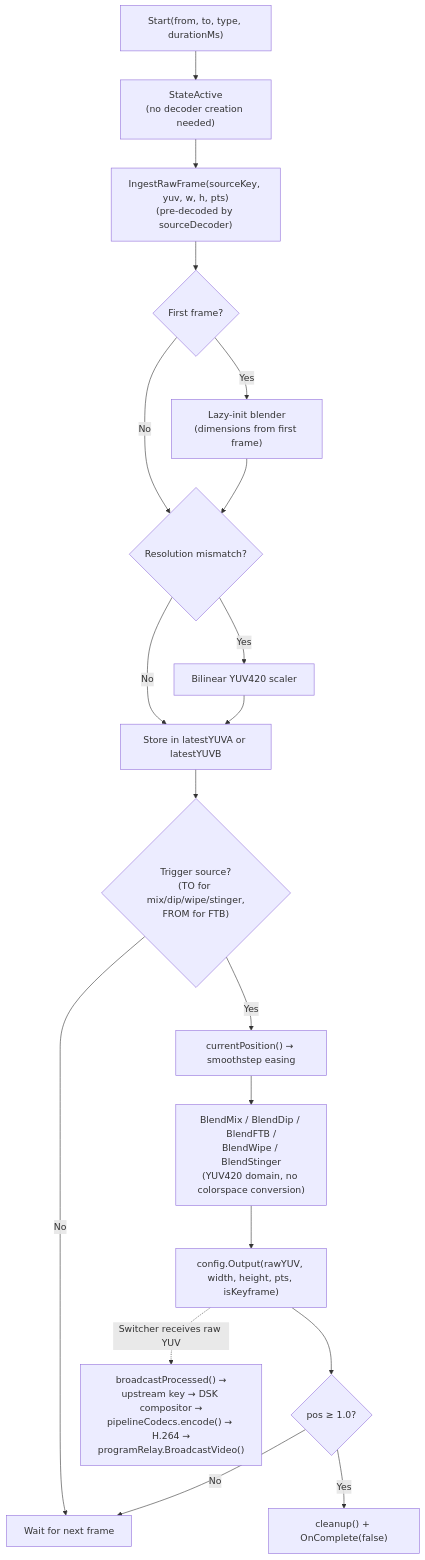
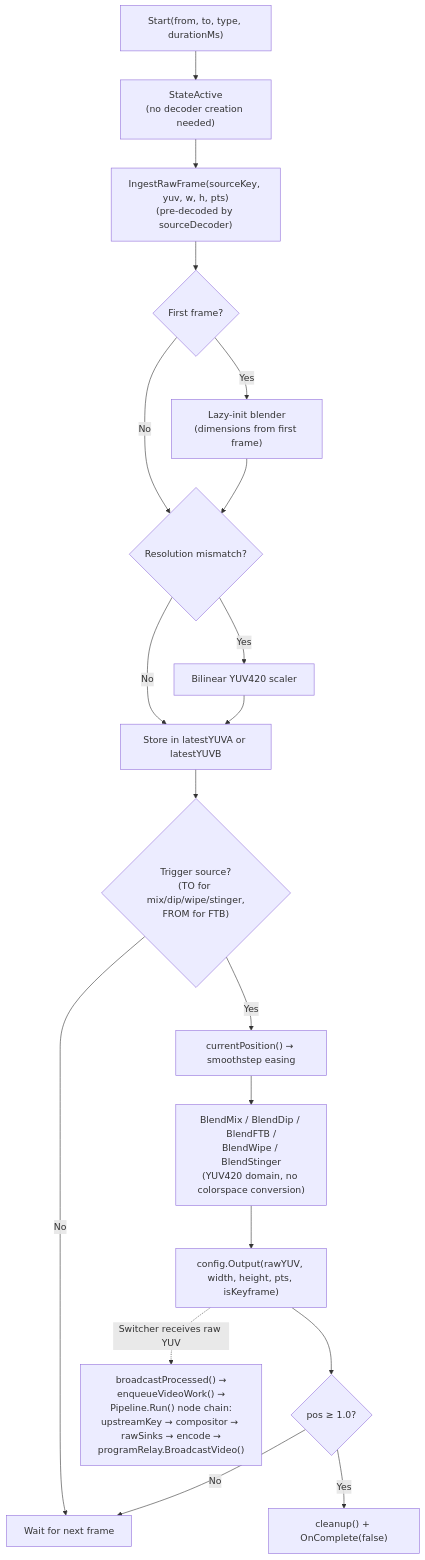
The sixth of 23 diagrams in docs/architecture.md (zsiec/switchframe), drawn with Mermaid before and after one commit. The commit also changed other lines of this file, not shown here.

First line of the commit message:
docs(architecture): update diagrams and text for Pipeline.Run() node chain

````diff
--- a/docs/architecture.md
+++ b/docs/architecture.md
@@ -311,23 +316,23 @@
 ```mermaid
 flowchart TD
     start["Start(from, to, type, durationMs)"] --> active["StateActive<br/>(no decoder creation needed)"]
     active --> ingest["IngestRawFrame(sourceKey, yuv, w, h, pts)<br/>(pre-decoded by sourceDecoder)"]
     ingest --> init{"First frame?"}
     init -->|Yes| lazy["Lazy-init blender<br/>(dimensions from first frame)"]
     init -->|No| scale
     lazy --> scale{"Resolution mismatch?"}
     scale -->|Yes| scaler["Bilinear YUV420 scaler"]
     scale -->|No| store["Store in latestYUVA or latestYUVB"]
     scaler --> store
 
     store --> trigger{"Trigger source?<br/>(TO for mix/dip/wipe/stinger,<br/>FROM for FTB)"}
     trigger -->|No| wait["Wait for next frame"]
     trigger -->|Yes| pos["currentPosition() → smoothstep easing"]
     pos --> blend["BlendMix / BlendDip / BlendFTB /<br/>BlendWipe / BlendStinger<br/>(YUV420 domain, no colorspace conversion)"]
     blend --> out["config.Output(rawYUV, width, height, pts, isKeyframe)"]
     out --> done{"pos ≥ 1.0?"}
     done -->|No| wait
     done -->|Yes| cleanup["cleanup() + OnComplete(false)"]
 
-    out -.->|"Switcher receives raw YUV"| proc["broadcastProcessed() →<br/>upstream key → DSK compositor →<br/>pipelineCodecs.encode() → H.264 →<br/>programRelay.BroadcastVideo()"]
+    out -.->|"Switcher receives raw YUV"| proc["broadcastProcessed() →<br/>enqueueVideoWork() →<br/>Pipeline.Run() node chain:<br/>upstreamKey → compositor → rawSinks → encode →<br/>programRelay.BroadcastVideo()"]
 ```
````
